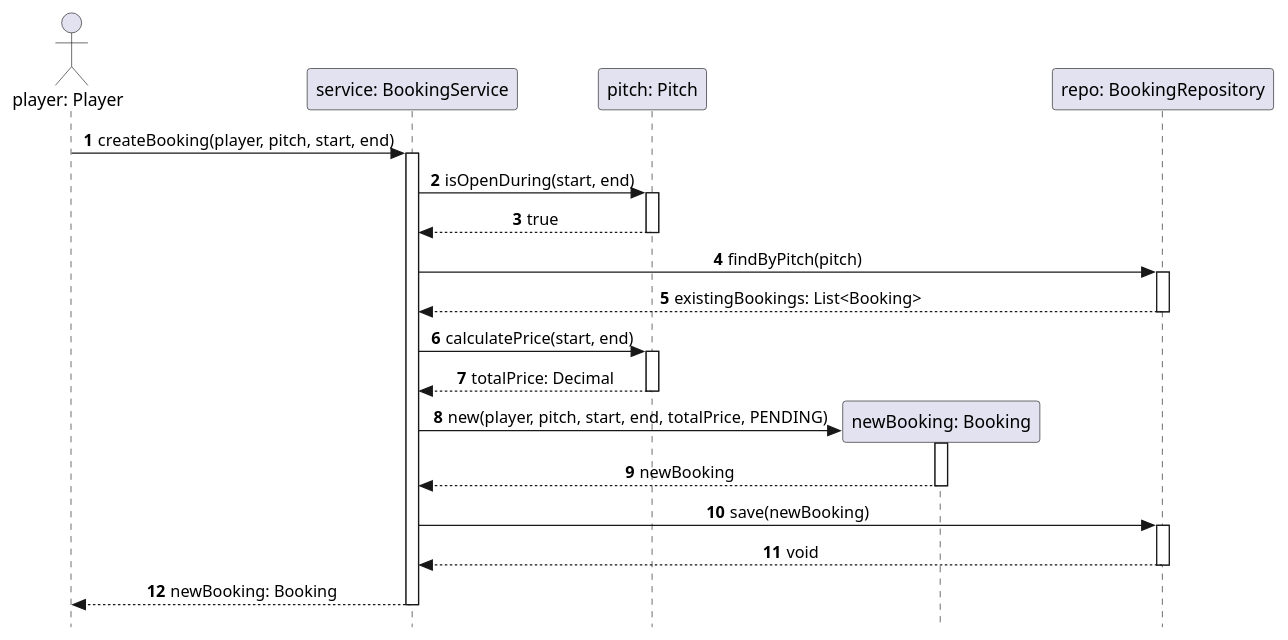
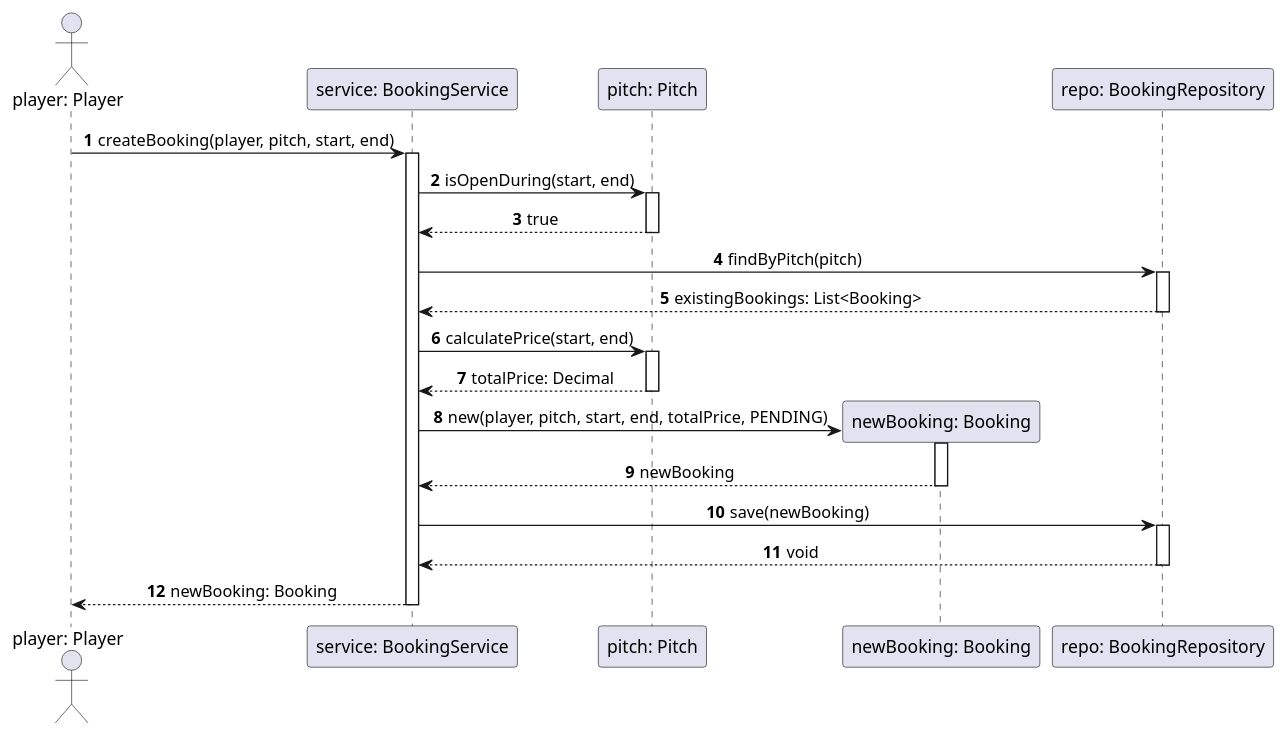
One commit to AnidMehmeti/KickSlot changed the diagram in diagrams/CreateBooking.puml. Above: the diagram before and after it, drawn with PlantUML. The commit also changed 4 other files, not shown here.

Commit message:
Add cancel, view upcoming, and reject booking diagrams; update create booking

```diff
--- a/diagrams/CreateBooking.puml
+++ b/diagrams/CreateBooking.puml
@@ -1,43 +1,43 @@
 @startuml
 autonumber
-skinparam style strictuml
 skinparam SequenceMessageAlign center
+show footbox
 
 actor "player: Player" as Player
 participant "service: BookingService" as Service
 participant "pitch: Pitch" as Pitch
 participant "newBooking: Booking" as NewBooking
 participant "repo: BookingRepository" as Repo
 
 Player -> Service : createBooking(player, pitch, start, end)
 activate Service
 
 Service -> Pitch : isOpenDuring(start, end)
 activate Pitch
 Pitch --> Service : true
 deactivate Pitch
 
 Service -> Repo : findByPitch(pitch)
 activate Repo
 Repo --> Service : existingBookings: List<Booking>
 deactivate Repo
 
 Service -> Pitch : calculatePrice(start, end)
 activate Pitch
 Pitch --> Service : totalPrice: Decimal
 deactivate Pitch
 
 create NewBooking
 Service -> NewBooking : new(player, pitch, start, end, totalPrice, PENDING)
 activate NewBooking
 NewBooking --> Service : newBooking
 deactivate NewBooking
 
 Service -> Repo : save(newBooking)
 activate Repo
 Repo --> Service : void
 deactivate Repo
 
 Service --> Player : newBooking: Booking
 deactivate Service
 @enduml
```
